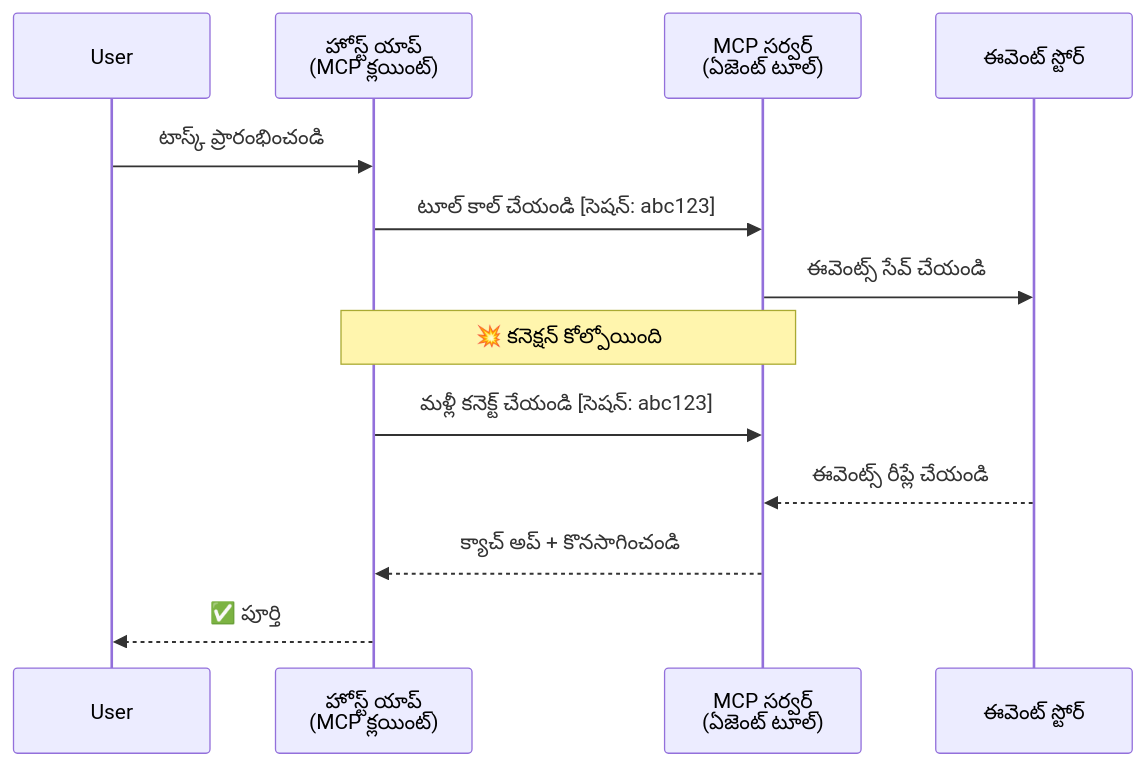
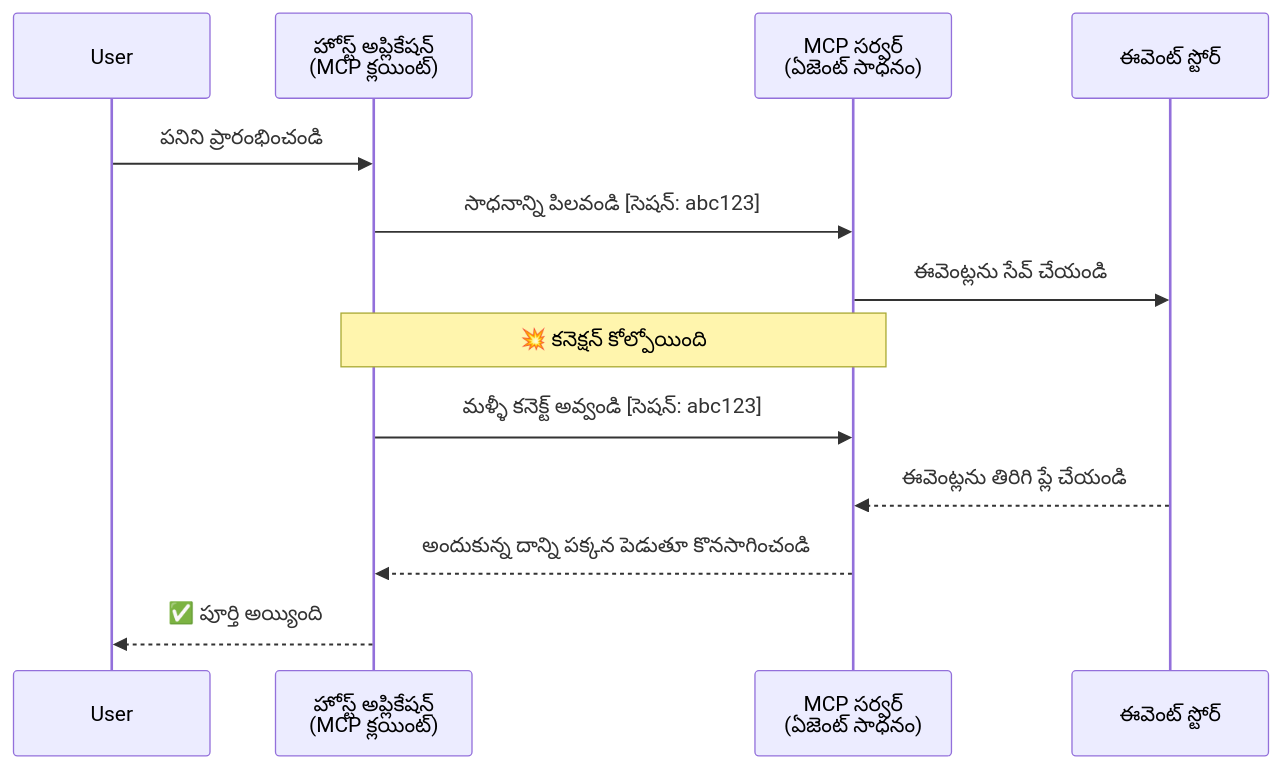
One commit to microsoft/ai-agents-for-beginners changed the second of 5 diagrams in translations/te/11-agentic-protocols/code_samples/mcp-agents/README.md. Above: the diagram before and after it, drawn with Mermaid. The commit also changed other lines of this file and 224 other files, not shown here.

````diff
--- a/translations/te/11-agentic-protocols/code_samples/mcp-agents/README.md
+++ b/translations/te/11-agentic-protocols/code_samples/mcp-agents/README.md
@@ -81,18 +82,18 @@
 ```mermaid
 sequenceDiagram
     participant User
-    participant Host as హోస్ట్ యాప్<br/>(MCP క్లయింట్)
-    participant Server as MCP సర్వర్<br/>(ఏజెంట్ టూల్)
+    participant Host as హోస్ట్ అప్లికేషన్<br/>(MCP క్లయింట్)
+    participant Server as MCP సర్వర్<br/>(ఏజెంట్ సాధనం)
     participant Store as ఈవెంట్ స్టోర్
 
-    User->>Host: టాస్క్ ప్రారంభించండి
-    Host->>Server: టూల్ కాల్ చేయండి [సెషన్: abc123]
-    Server->>Store: ఈవెంట్స్ సేవ్ చేయండి
+    User->>Host: పనిని ప్రారంభించండి
+    Host->>Server: సాధనాన్ని పిలవండి [సెషన్: abc123]
+    Server->>Store: ఈవెంట్లను సేవ్ చేయండి
 
     Note over Host,Server: 💥 కనెక్షన్ కోల్పోయింది
 
-    Host->>Server: మళ్లీ కనెక్ట్ చేయండి [సెషన్: abc123]
-    Store-->>Server: ఈవెంట్స్ రీప్లే చేయండి
-    Server-->>Host: క్యాచ్ అప్ + కొనసాగించండి
-    Host-->>User: ✅ పూర్తి
+    Host->>Server: మళ్ళీ కనెక్ట్ అవ్వండి [సెషన్: abc123]
+    Store-->>Server: ఈవెంట్లను తిరిగి ప్లే చేయండి
+    Server-->>Host: అందుకున్న దాన్ని పక్కన పెడుతూ కొనసాగించండి
+    Host-->>User: ✅ పూర్తి అయ్యింది
 ```
````
